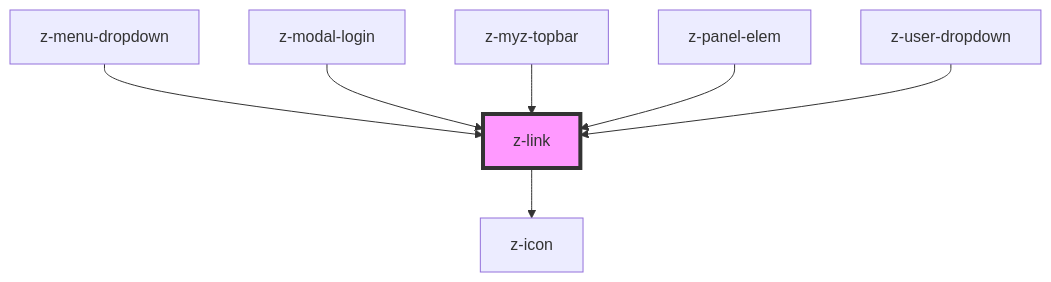
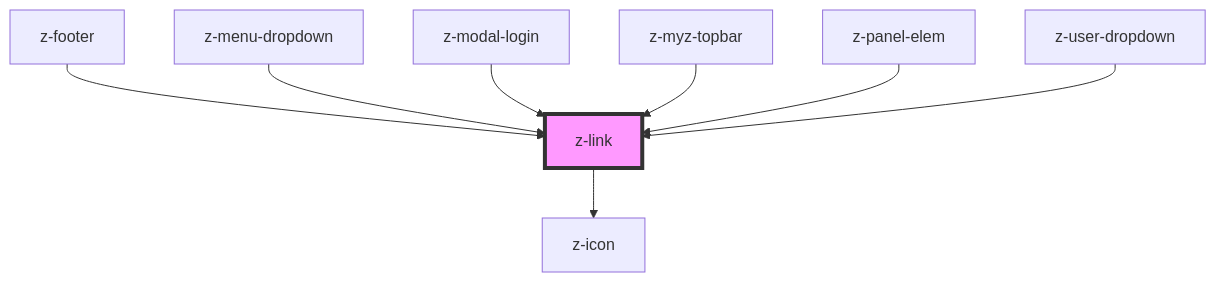
One commit to ZanichelliEditore/design-system changed the diagram in src/components/navigation/z-link/readme.md. Above: the diagram before and after it, drawn with Mermaid. The commit also changed other lines of this file and 13 other files, not shown here.

````diff
--- a/src/components/navigation/z-link/readme.md
+++ b/src/components/navigation/z-link/readme.md
@@ -63,10 +64,11 @@
 ```mermaid
 graph TD;
   z-link --> z-icon
+  z-footer --> z-link
   z-menu-dropdown --> z-link
   z-modal-login --> z-link
   z-myz-topbar --> z-link
   z-panel-elem --> z-link
   z-user-dropdown --> z-link
   style z-link fill:#f9f,stroke:#333,stroke-width:4px
 ```
````
